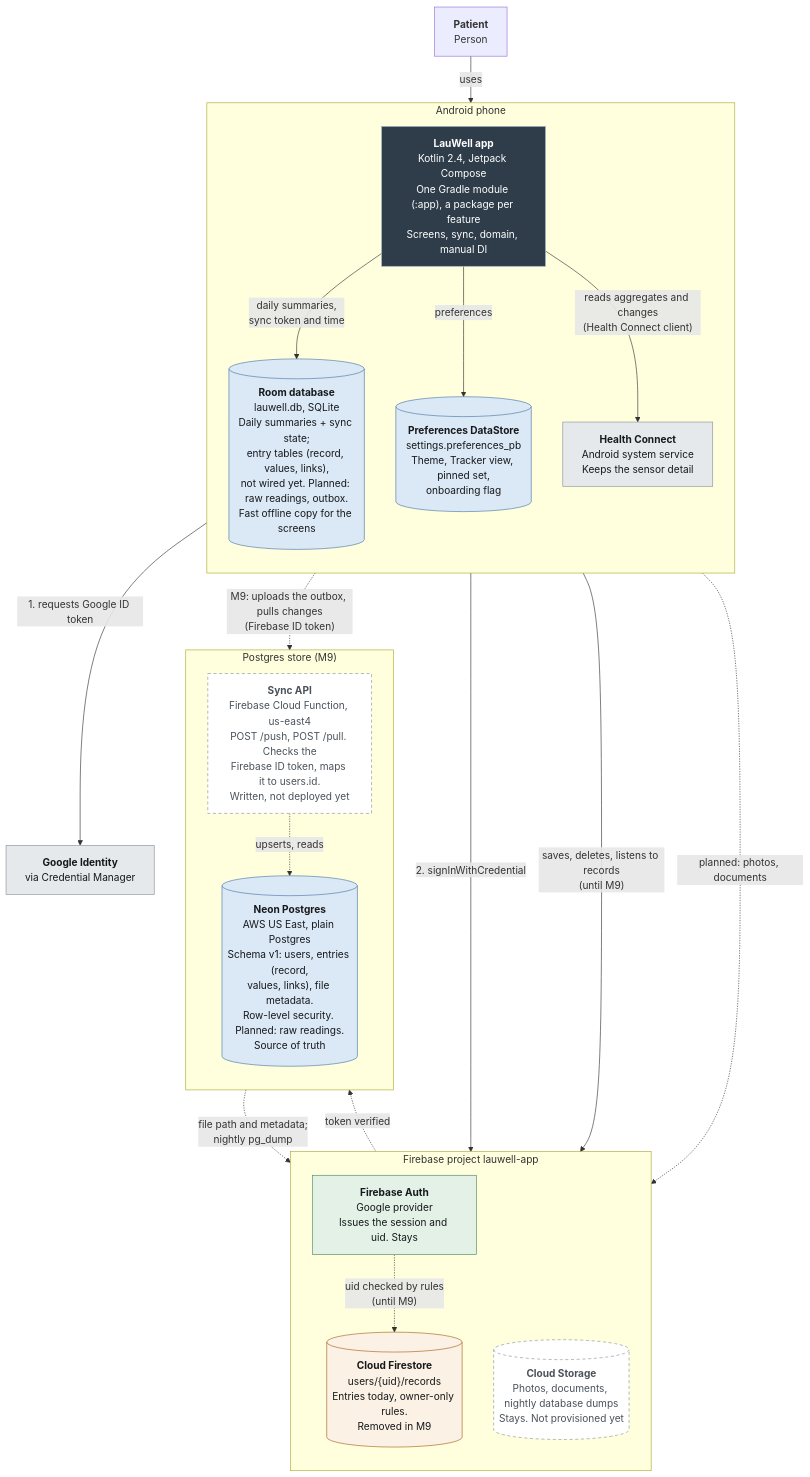
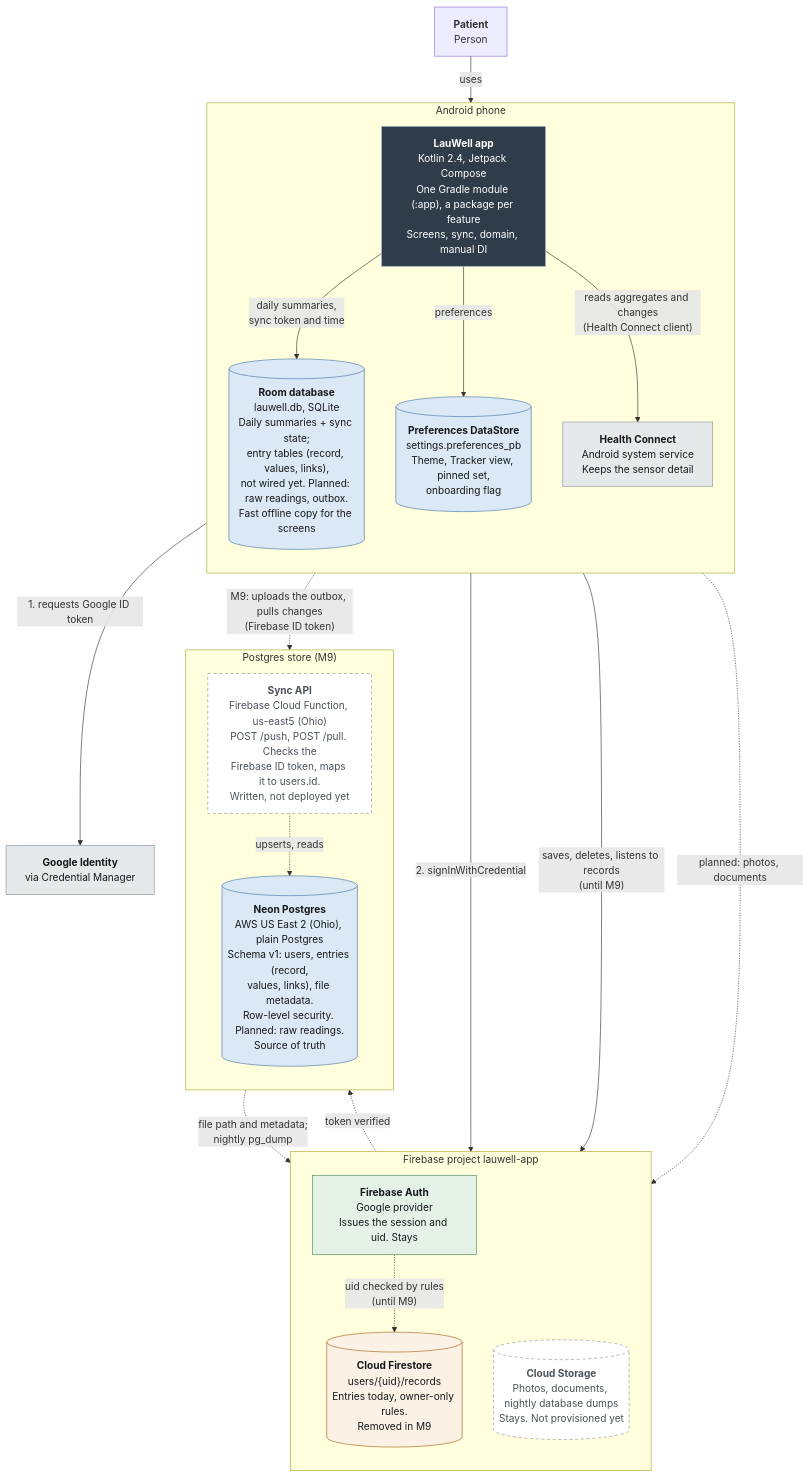
The diagram in docs/architecture/c4/c4-2-containers.mmd (Laul/LauWell), drawn with Mermaid before and after one commit. The commit also changed 3 other files, not shown here.

Commit message:
[backend] Sync API in us-east5 (Columbus, Ohio), next to Neon's AWS US East 2

```diff
--- a/docs/architecture/c4/c4-2-containers.mmd
+++ b/docs/architecture/c4/c4-2-containers.mmd
@@ -1,48 +1,48 @@
 %% C4 level 2 - Containers. Solid = built, dashed = planned, amber = built and being removed (M9).
 %% Updated 2026-11-11: Neon provisioned with schema v1; the sync API written (backend/api), not deployed yet.
 flowchart TB
   classDef app fill:#2f3d4a,stroke:#9fb2c4,color:#ffffff
   classDef store fill:#dbe8f5,stroke:#4b78a8,color:#16191C
   classDef cloud fill:#e3f1e6,stroke:#4f8a5c,color:#16191C
   classDef ext fill:#e6e9ec,stroke:#8a939b,color:#16191C
   classDef planned fill:#ffffff,stroke:#8a939b,color:#4a525a,stroke-dasharray:5 4
   classDef retiring fill:#fbf1e4,stroke:#a8641a,color:#16191C
 
   P["<b>Patient</b><br/>Person"]
 
   subgraph PHONE["Android phone"]
     direction TB
     APP["<b>LauWell app</b><br/>Kotlin 2.4, Jetpack Compose<br/>One Gradle module (:app), a package per feature<br/>Screens, sync, domain, manual DI"]:::app
     ROOM[("<b>Room database</b><br/>lauwell.db, SQLite<br/>Daily summaries + sync state;<br/>entry tables (record, values, links),<br/>not wired yet. Planned: raw readings, outbox.<br/>Fast offline copy for the screens")]:::store
     DS[("<b>Preferences DataStore</b><br/>settings.preferences_pb<br/>Theme, Tracker view, pinned set,<br/>onboarding flag")]:::store
     HC["<b>Health Connect</b><br/>Android system service<br/>Keeps the sensor detail"]:::ext
   end
 
   subgraph FIREBASE["Firebase project lauwell-app"]
     direction TB
     AUTH["<b>Firebase Auth</b><br/>Google provider<br/>Issues the session and uid. Stays"]:::cloud
     ST[("<b>Cloud Storage</b><br/>Photos, documents, nightly database dumps<br/>Stays. Not provisioned yet")]:::planned
     FS[("<b>Cloud Firestore</b><br/>users/{uid}/records<br/>Entries today, owner-only rules.<br/>Removed in M9")]:::retiring
   end
 
   subgraph STORE["Postgres store (M9)"]
     direction TB
-    API["<b>Sync API</b><br/>Firebase Cloud Function, us-east4<br/>POST /push, POST /pull. Checks the<br/>Firebase ID token, maps it to users.id.<br/>Written, not deployed yet"]:::planned
-    PG[("<b>Neon Postgres</b><br/>AWS US East, plain Postgres<br/>Schema v1: users, entries (record,<br/>values, links), file metadata.<br/>Row-level security. Planned: raw readings.<br/>Source of truth")]:::store
+    API["<b>Sync API</b><br/>Firebase Cloud Function, us-east5 (Ohio)<br/>POST /push, POST /pull. Checks the<br/>Firebase ID token, maps it to users.id.<br/>Written, not deployed yet"]:::planned
+    PG[("<b>Neon Postgres</b><br/>AWS US East 2 (Ohio), plain Postgres<br/>Schema v1: users, entries (record,<br/>values, links), file metadata.<br/>Row-level security. Planned: raw readings.<br/>Source of truth")]:::store
   end
 
   GI["<b>Google Identity</b><br/>via Credential Manager"]:::ext
 
   P -->|"uses"| APP
   APP -->|"daily summaries,<br/>sync token and time"| ROOM
   APP -->|"preferences"| DS
   APP -->|"reads aggregates and changes<br/>(Health Connect client)"| HC
   APP -->|"1. requests Google ID token"| GI
   APP -->|"2. signInWithCredential"| AUTH
   APP -->|"saves, deletes, listens to records<br/>(until M9)"| FS
   AUTH -.->|"uid checked by rules<br/>(until M9)"| FS
   APP -.->|"M9: uploads the outbox, pulls changes<br/>(Firebase ID token)"| API
   AUTH -.->|"token verified"| API
   API -.->|"upserts, reads"| PG
   APP -.->|"planned: photos, documents"| ST
   PG -.->|"file path and metadata;<br/>nightly pg_dump"| ST
```
